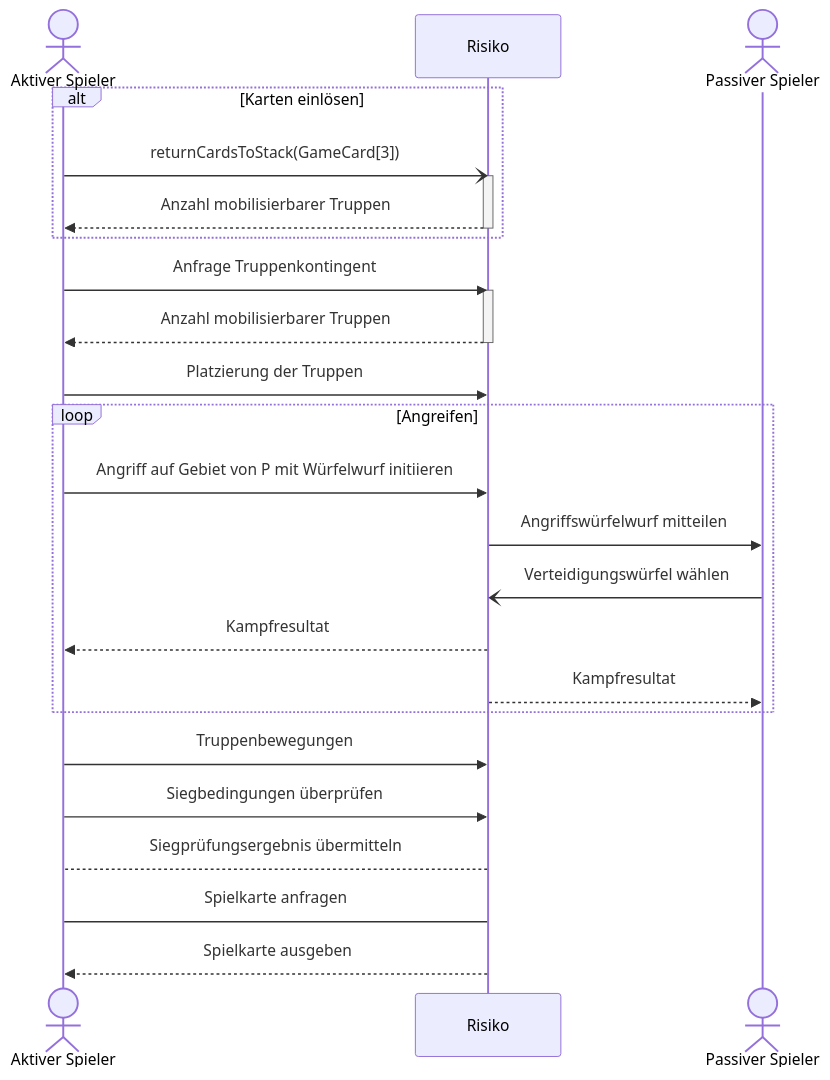
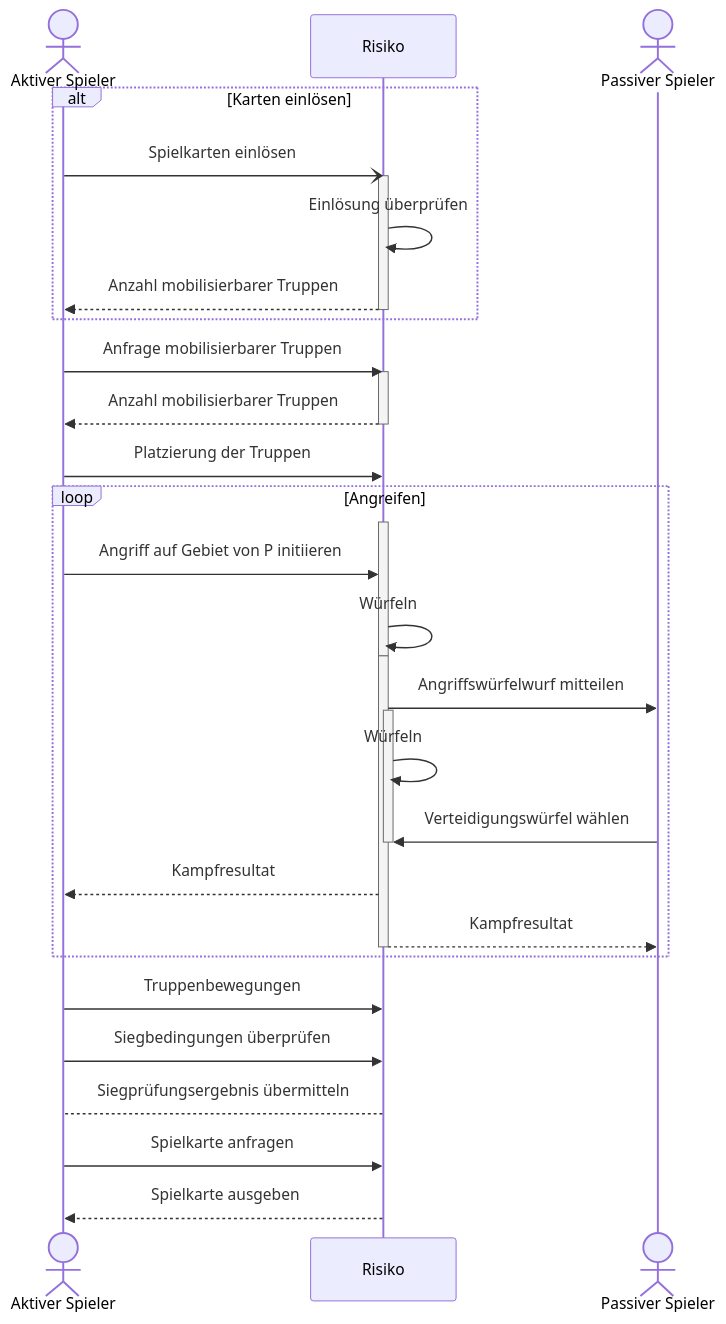
One commit to Raqhael/risiko-engineering changed the diagram in SEQUENCEDIAGRAMM.md. Above: the diagram before and after it, drawn with Mermaid.

Commit message:
First complete sequence diagram

````diff
--- a/SEQUENCEDIAGRAMM.md
+++ b/SEQUENCEDIAGRAMM.md
@@ -5,35 +5,46 @@
 ```mermaid
 sequenceDiagram
         actor A as Aktiver Spieler
         participant R as Risiko
         actor P as Passiver Spieler
 
         alt Karten einlösen
-        A-)R: returnCardsToStack(GameCard[3])
+        A-)R: Spielkarten einlösen
         activate R
+        R->>R: Einlösung überprüfen
         R-->>A: Anzahl mobilisierbarer Truppen
         deactivate R
         end
-        A->>R: Anfrage Truppenkontingent
+        A->>R: Anfrage mobilisierbarer Truppen
         activate R
         R-->>A: Anzahl mobilisierbarer Truppen
         deactivate R
         A->>R: Platzierung der Truppen
 
         %%Kampfphase
         loop Angreifen
-        A->>R: Angriff auf Gebiet von P mit Würfelwurf initiieren
+        activate R
+        A->>R: Angriff auf Gebiet von P initiieren
+
+        R->>R: Würfeln
+        deactivate R
+        activate R
         R->>P: Angriffswürfelwurf mitteilen
-        P-)R: Verteidigungswürfel wählen
+
+        activate R
+        R->>R: Würfeln
+        P->>R: Verteidigungswürfel wählen
+        deactivate R
         R-->>A: Kampfresultat
         R-->>P: Kampfresultat
+        deactivate R
         end
 
 
         %% Aufräumphase
         A->>R: Truppenbewegungen
         A->>R: Siegbedingungen überprüfen
         R-->A: Siegprüfungsergebnis übermitteln
-        A->R: Spielkarte anfragen
+        A->>R: Spielkarte anfragen
         R-->>A: Spielkarte ausgeben
 ```
````
